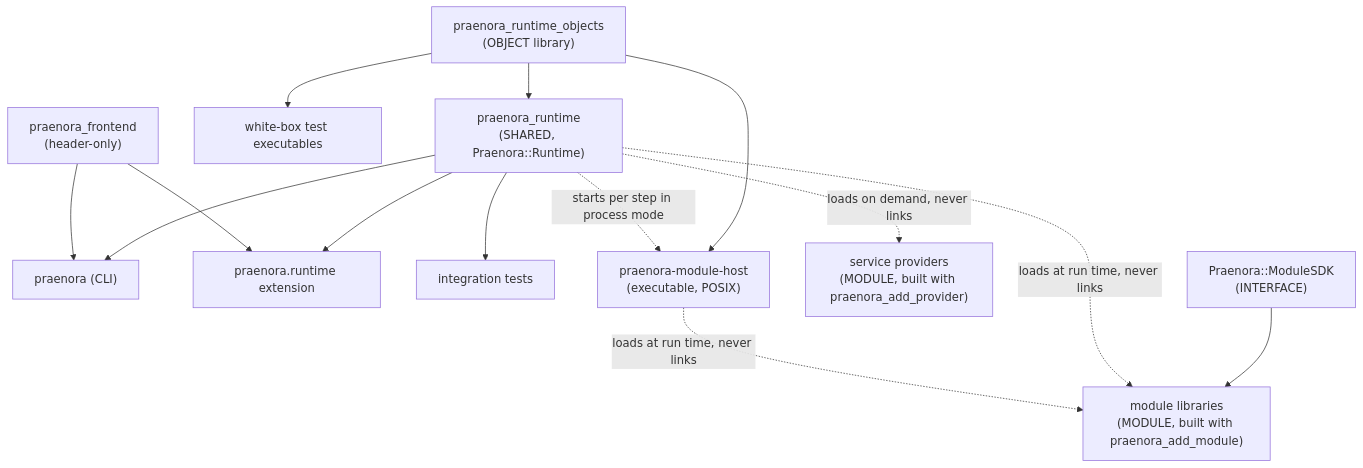
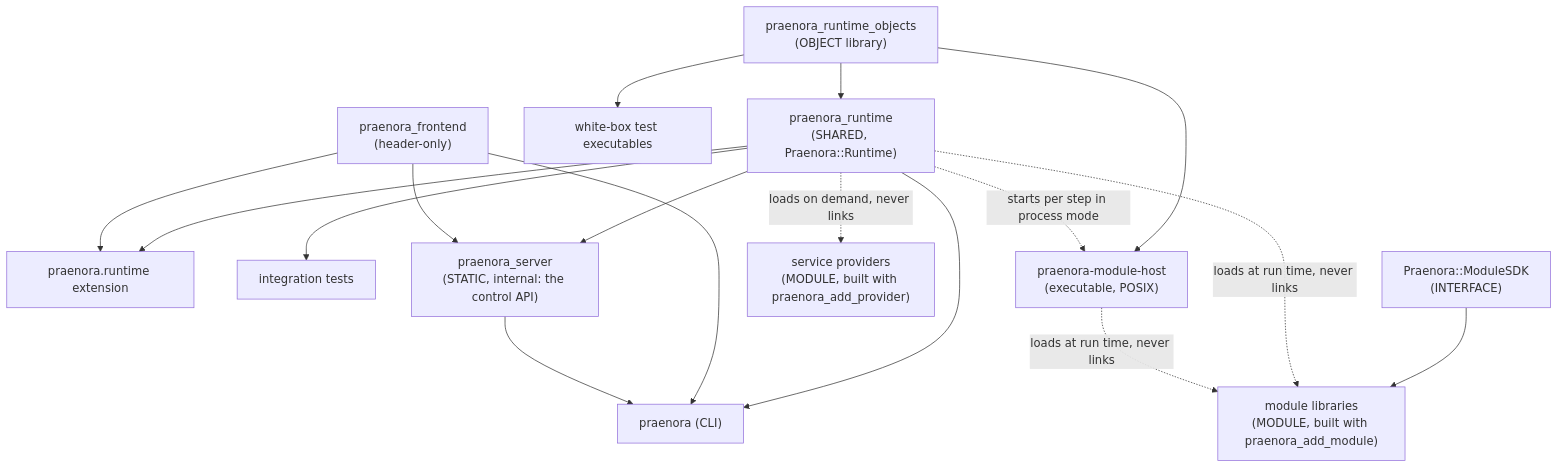
Before and after one commit to INFLECT-Praenora/praenora-runtime: the second of 6 diagrams in docs/architecture.md, drawn with Mermaid. The commit also changed other lines of this file and 156 other files, not shown here.

Commit message:
Added server frontend, control and status API (OpenAPI), monitoring

````diff
--- a/docs/architecture.md
+++ b/docs/architecture.md
@@ -104,16 +111,19 @@
 ```mermaid
 flowchart TB
     objects["praenora_runtime_objects<br/>(OBJECT library)"] --> shared["praenora_runtime<br/>(SHARED, Praenora::Runtime)"]
     objects --> whitebox["white-box test executables"]
     shared --> cli["praenora (CLI)"]
     shared --> python["praenora.runtime extension"]
     shared --> blackbox["integration tests"]
     frontend["praenora_frontend<br/>(header-only)"] --> cli
     frontend --> python
+    shared --> server["praenora_server<br/>(STATIC, internal: the control API)"]
+    frontend --> server
+    server --> cli
     sdk["Praenora::ModuleSDK<br/>(INTERFACE)"] --> modules["module libraries<br/>(MODULE, built with praenora_add_module)"]
     shared -.->|"loads at run time, never links"| modules
     shared -.->|"loads on demand, never links"| providers["service providers<br/>(MODULE, built with praenora_add_provider)"]
     objects --> modulehost["praenora-module-host<br/>(executable, POSIX)"]
     shared -.->|"starts per step in process mode"| modulehost
     modulehost -.->|"loads at run time, never links"| modules
 ```
````
